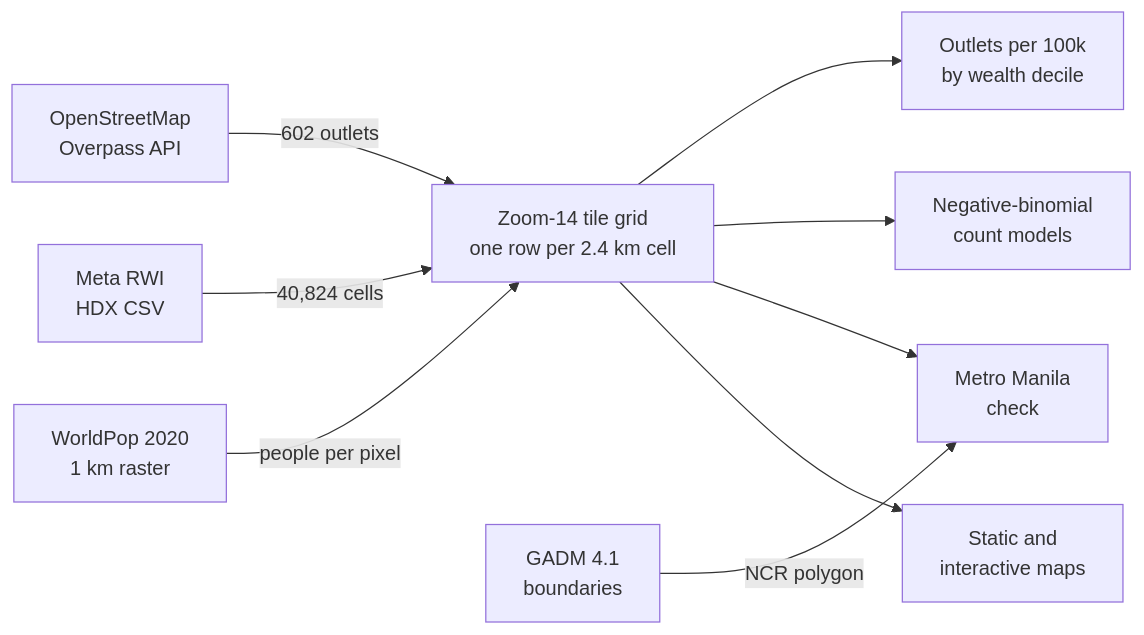
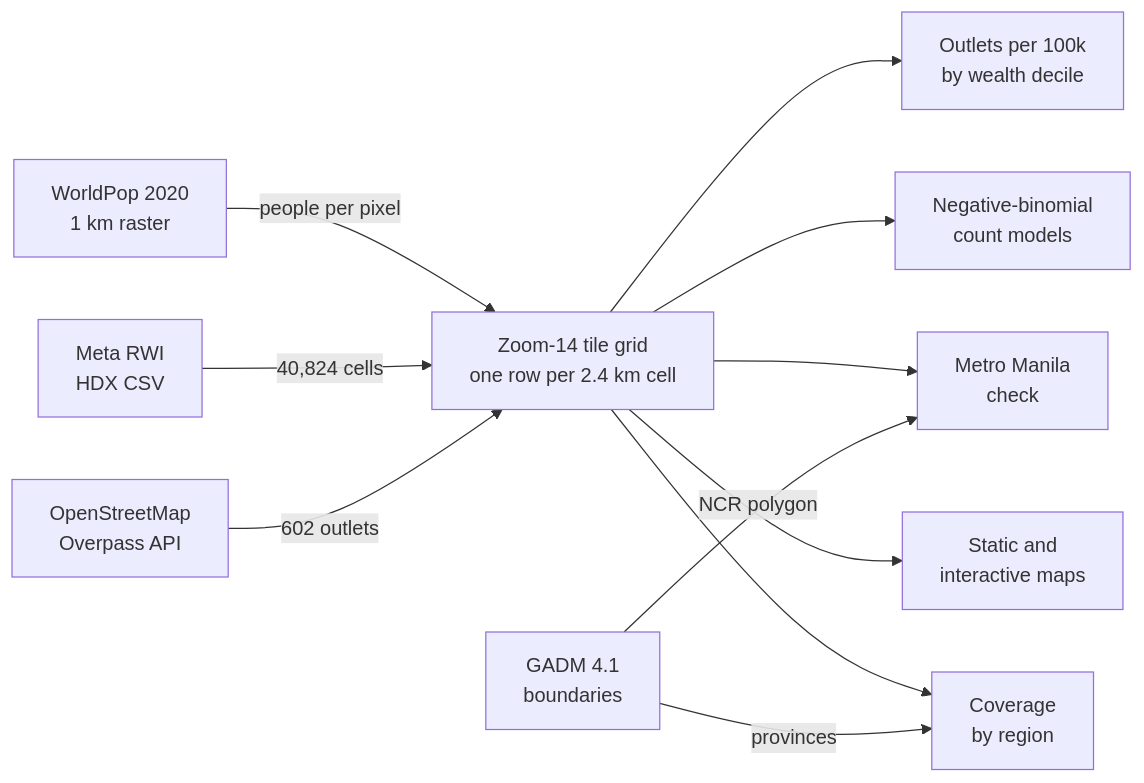
The diagram in README.md (earlcyu-petcircle/ph-lottery-outlets), drawn with Mermaid before and after one commit. The commit also changed other lines of this file, not shown here.

Commit message:
docs: make the outlet coverage gap central and add next steps

````diff
--- a/README.md
+++ b/README.md
@@ -131,11 +176,13 @@
 ```mermaid
 flowchart LR
   osm["OpenStreetMap<br/>Overpass API"] -->|602 outlets| grid
   rwi["Meta RWI<br/>HDX CSV"] -->|40,824 cells| grid
   pop["WorldPop 2020<br/>1 km raster"] -->|people per pixel| grid
   grid["Zoom-14 tile grid<br/>one row per 2.4 km cell"] --> dec["Outlets per 100k<br/>by wealth decile"]
   grid --> nb["Negative-binomial<br/>count models"]
   gadm["GADM 4.1<br/>boundaries"] -->|NCR polygon| ncr["Metro Manila<br/>check"]
   grid --> ncr
+  gadm -->|provinces| cov["Coverage<br/>by region"]
+  grid --> cov
   grid --> maps["Static and<br/>interactive maps"]
 ```
````
